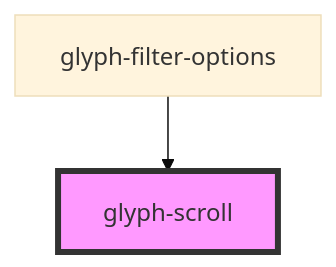
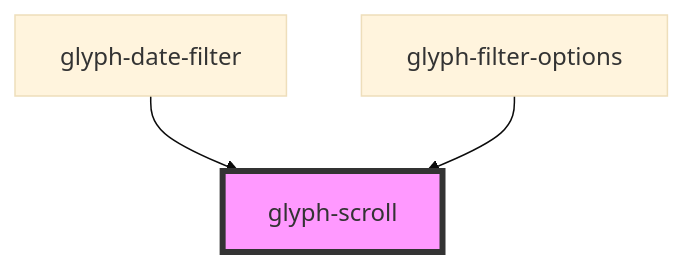
The diagram in packages/glyph-components/src/components/scroll/readme.md (adrianiy/synth-ui), drawn with Mermaid (base theme) before and after one commit. The commit also changed other lines of this file and 48 other files, not shown here.

````diff
--- a/packages/glyph-components/src/components/scroll/readme.md
+++ b/packages/glyph-components/src/components/scroll/readme.md
@@ -29,5 +30,6 @@
 ```mermaid
 graph TD;
+  glyph-date-filter --> glyph-scroll
   glyph-filter-options --> glyph-scroll
   style glyph-scroll fill:#f9f,stroke:#333,stroke-width:4px
 ```
````
